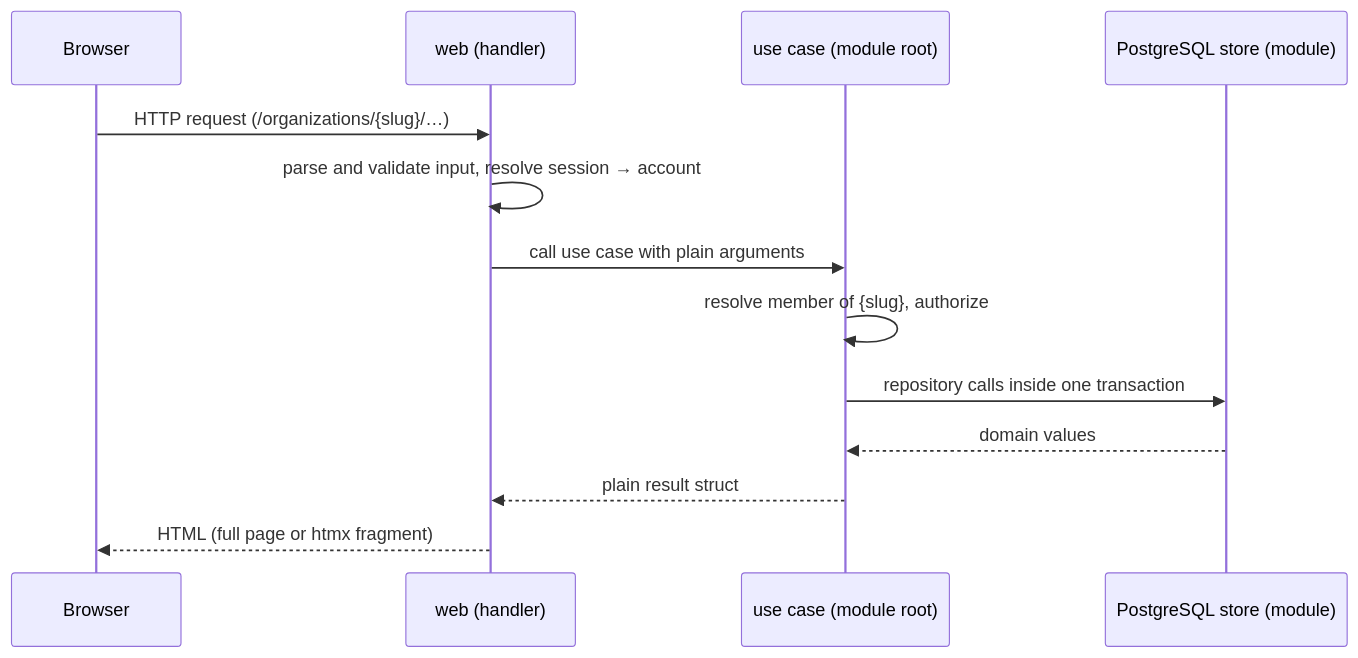
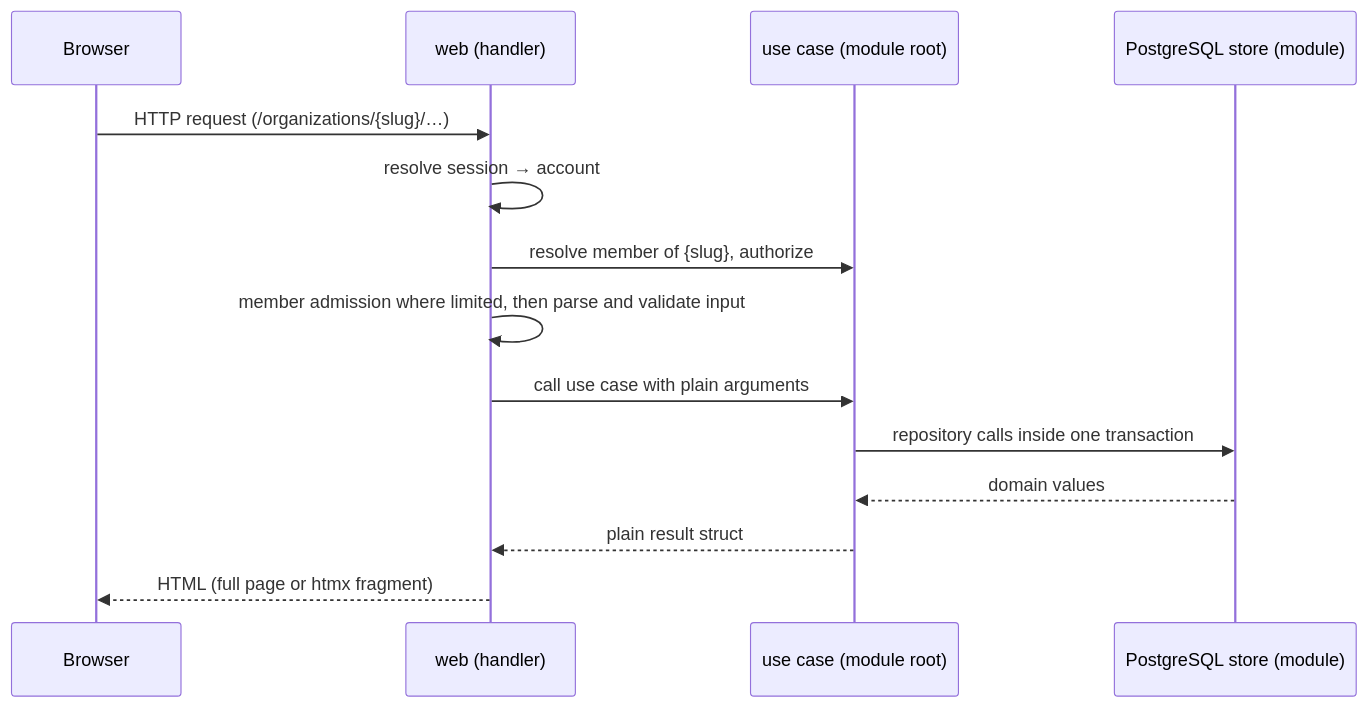
Before and after one commit to tkakkie/ribbitto: the diagram in docs/architecture/request-flow.md, drawn with Mermaid. The commit also changed 23 other files, not shown here.

````diff
--- a/docs/architecture/request-flow.md
+++ b/docs/architecture/request-flow.md
@@ -3,15 +3,16 @@
 ```mermaid
 sequenceDiagram
   participant B as Browser
   participant W as web (handler)
   participant A as use case (module root)
   participant P as PostgreSQL store (module)
   B->>W: HTTP request (/organizations/{slug}/…)
-  W->>W: parse and validate input, resolve session → account
+  W->>W: resolve session → account
+  W->>A: resolve member of {slug}, authorize
+  W->>W: member admission where limited, then parse and validate input
   W->>A: call use case with plain arguments
-  A->>A: resolve member of {slug}, authorize
   A->>P: repository calls inside one transaction
   P-->>A: domain values
   A-->>W: plain result struct
   W-->>B: HTML (full page or htmx fragment)
 ```
````
